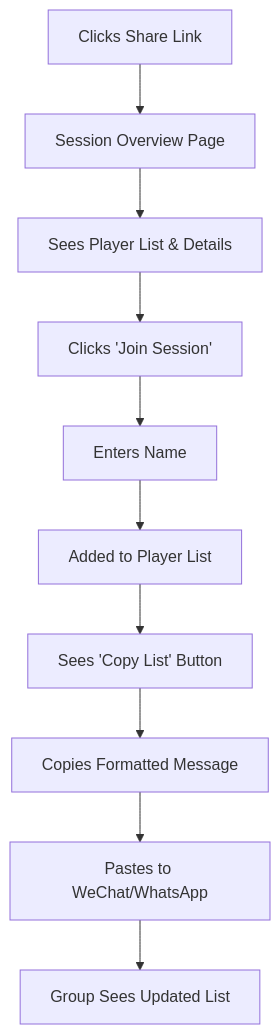
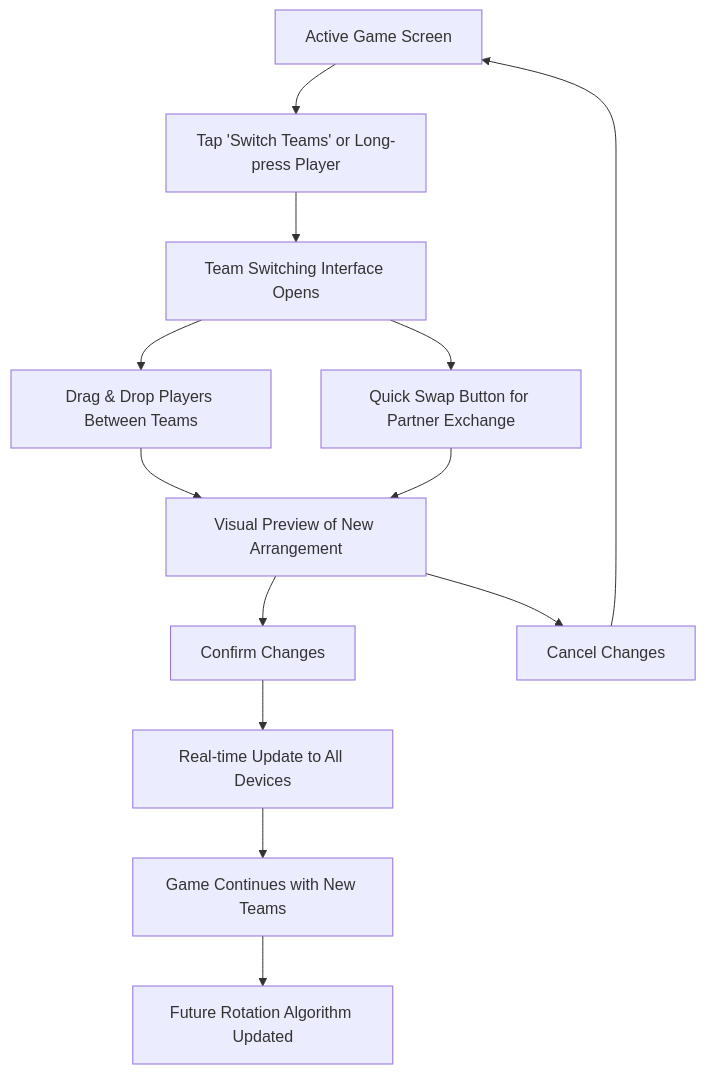
Before and after one commit to bujinwang/BadmintonGroup: the third of 3 diagrams in docs/front-end-spec.md, drawn with Mermaid. The commit also changed other lines of this file and 5 other files, not shown here.

First line of the commit message:
feat(game-management): add game creation, scoring and rotation algorithm

````diff
--- a/docs/front-end-spec.md
+++ b/docs/front-end-spec.md
@@ -114,12 +117,17 @@
 ```mermaid
 graph TD
-    A[Clicks Share Link] --> B[Session Overview Page]
-    B --> C[Sees Player List & Details]
-    C --> D[Clicks 'Join Session']
-    D --> E[Enters Name]
-    E --> F[Added to Player List]
-    F --> G[Sees 'Copy List' Button]
-    G --> H[Copies Formatted Message]
-    H --> I[Pastes to WeChat/WhatsApp]
-    I --> J[Group Sees Updated List]
+    A[Active Game Screen] --> B[Tap 'Switch Teams' or Long-press Player]
+    B --> C[Team Switching Interface Opens]
+    C --> D[Drag & Drop Players Between Teams]
+    D --> E[Visual Preview of New Arrangement]
+    E --> F[Confirm Changes]
+    F --> G[Real-time Update to All Devices]
+    G --> H[Game Continues with New Teams]
+    H --> I[Future Rotation Algorithm Updated]
+    
+    C --> C1[Quick Swap Button for Partner Exchange]
+    C1 --> E
+    
+    E --> E1[Cancel Changes]
+    E1 --> A
 ```
````
